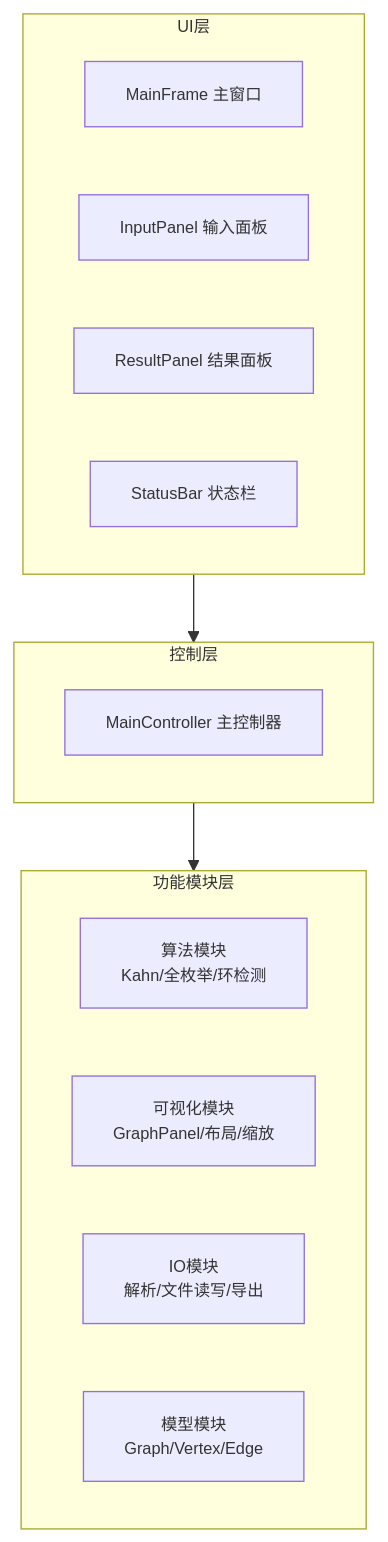
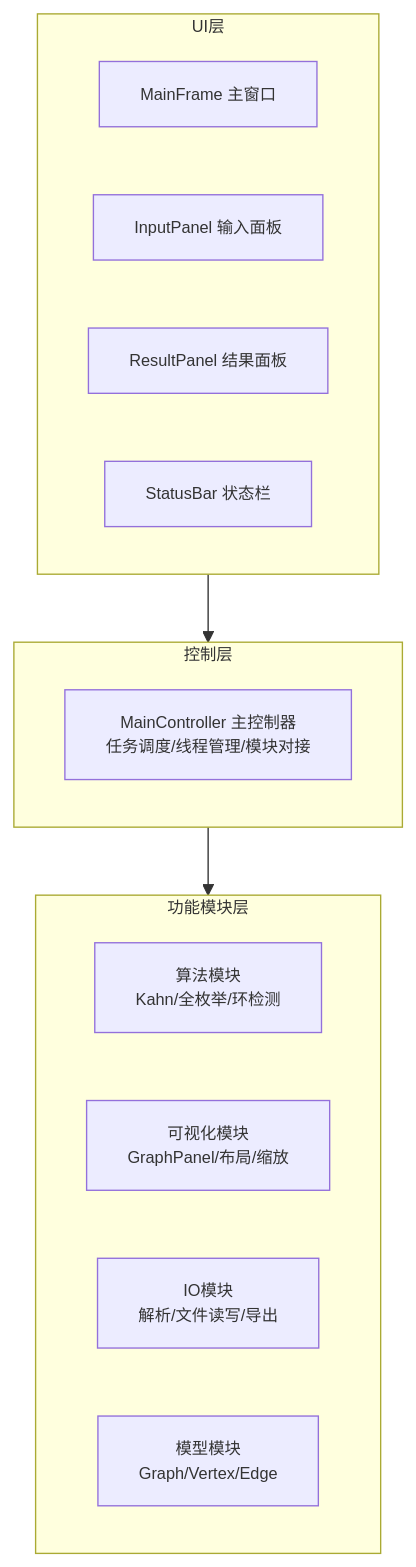
The first of 2 diagrams in README.md (yyj138/topological-sort), drawn with Mermaid before and after one commit. The commit also changed other lines of this file, not shown here.

Commit message:
【main】同步README

````diff
--- a/README.md
+++ b/README.md
@@ -44,21 +44,21 @@
 ```mermaid
 %%{init: {'themeVariables': {'fontSize': '12px', 'fontFamily': 'Microsoft YaHei'}}}%%
 flowchart TB
     subgraph UI层
         A1[MainFrame 主窗口]
         A2[InputPanel 输入面板]
         A3[ResultPanel 结果面板]
         A4[StatusBar 状态栏]
     end
     subgraph 控制层
-        B1[MainController 主控制器]
+        B1[MainController 主控制器<br/>任务调度/线程管理/模块对接]
     end
     subgraph 功能模块层
         C1[算法模块<br/>Kahn/全枚举/环检测]
         C2[可视化模块<br/>GraphPanel/布局/缩放]
         C3[IO模块<br/>解析/文件读写/导出]
         C4[模型模块<br/>Graph/Vertex/Edge]
     end
     UI层 --> 控制层
     控制层 --> 功能模块层
 ```
````
